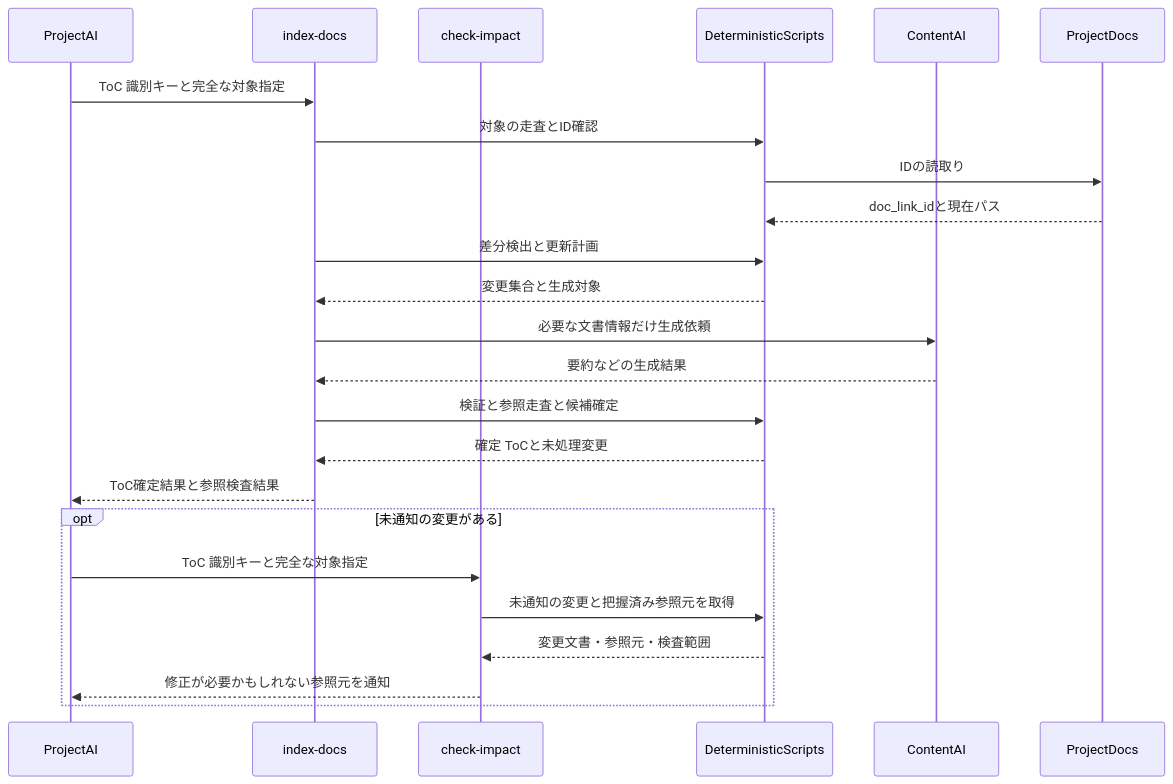
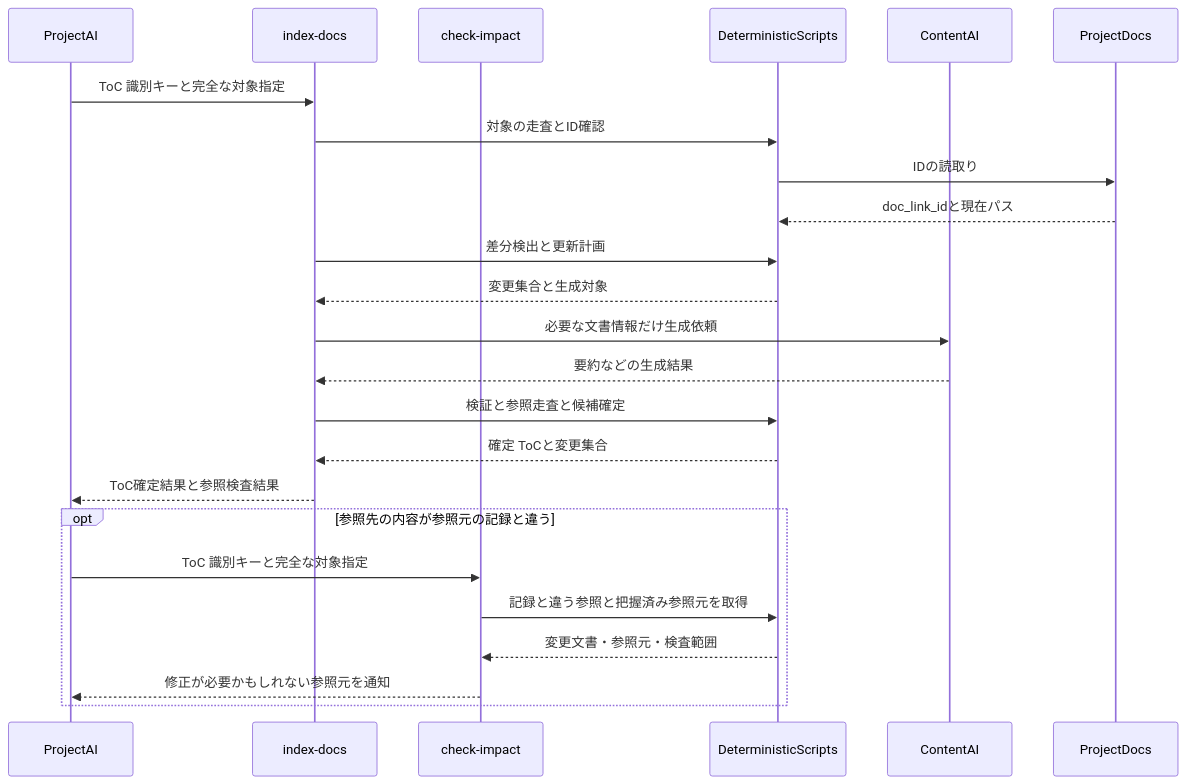
The diagram in docs/specs/design/DES-001_system-overview.md (BlueEventHorizon/doc-link), drawn with Mermaid before and after one commit. The commit also changed other lines of this file and 14 other files, not shown here.

````diff
--- a/docs/specs/design/DES-001_system-overview.md
+++ b/docs/specs/design/DES-001_system-overview.md
@@ -37,27 +37,27 @@
 ```mermaid
 sequenceDiagram
     participant ProjectAI
     participant IndexDocs as index-docs
     participant CheckImpact as check-impact
     participant DeterministicScripts
     participant ContentAI
     participant ProjectDocs
 
     ProjectAI->>IndexDocs: ToC 識別キーと完全な対象指定
     IndexDocs->>DeterministicScripts: 対象の走査とID確認
     DeterministicScripts->>ProjectDocs: IDの読取り
     ProjectDocs-->>DeterministicScripts: doc_link_idと現在パス
     IndexDocs->>DeterministicScripts: 差分検出と更新計画
     DeterministicScripts-->>IndexDocs: 変更集合と生成対象
     IndexDocs->>ContentAI: 必要な文書情報だけ生成依頼
     ContentAI-->>IndexDocs: 要約などの生成結果
     IndexDocs->>DeterministicScripts: 検証と参照走査と候補確定
-    DeterministicScripts-->>IndexDocs: 確定 ToCと未処理変更
+    DeterministicScripts-->>IndexDocs: 確定 ToCと変更集合
     IndexDocs-->>ProjectAI: ToC確定結果と参照検査結果
-    opt 未通知の変更がある
+    opt 参照先の内容が参照元の記録と違う
         ProjectAI->>CheckImpact: ToC 識別キーと完全な対象指定
-        CheckImpact->>DeterministicScripts: 未通知の変更と把握済み参照元を取得
+        CheckImpact->>DeterministicScripts: 記録と違う参照と把握済み参照元を取得
         DeterministicScripts-->>CheckImpact: 変更文書・参照元・検査範囲
         CheckImpact-->>ProjectAI: 修正が必要かもしれない参照元を通知
     end
 ```
````
